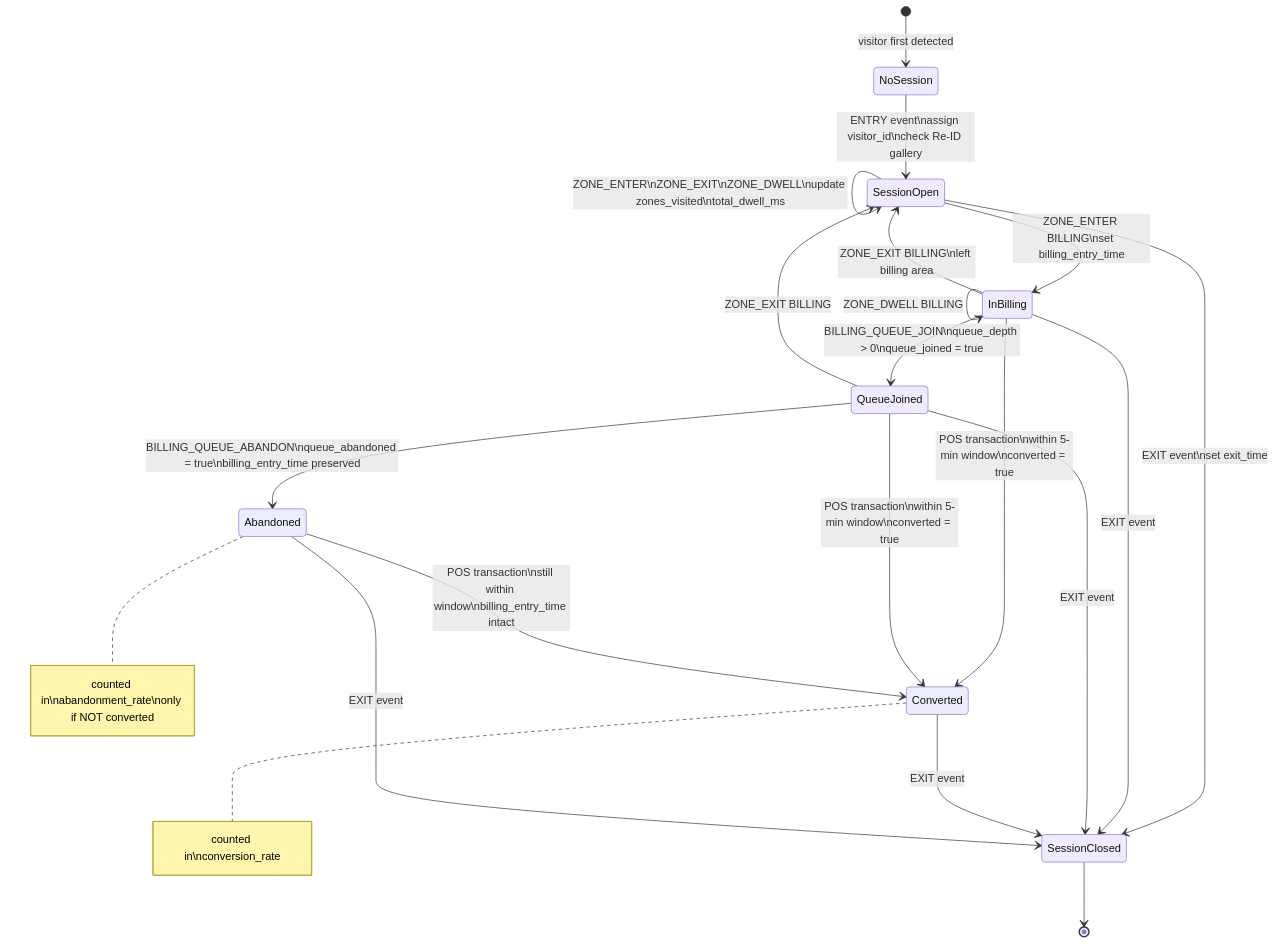
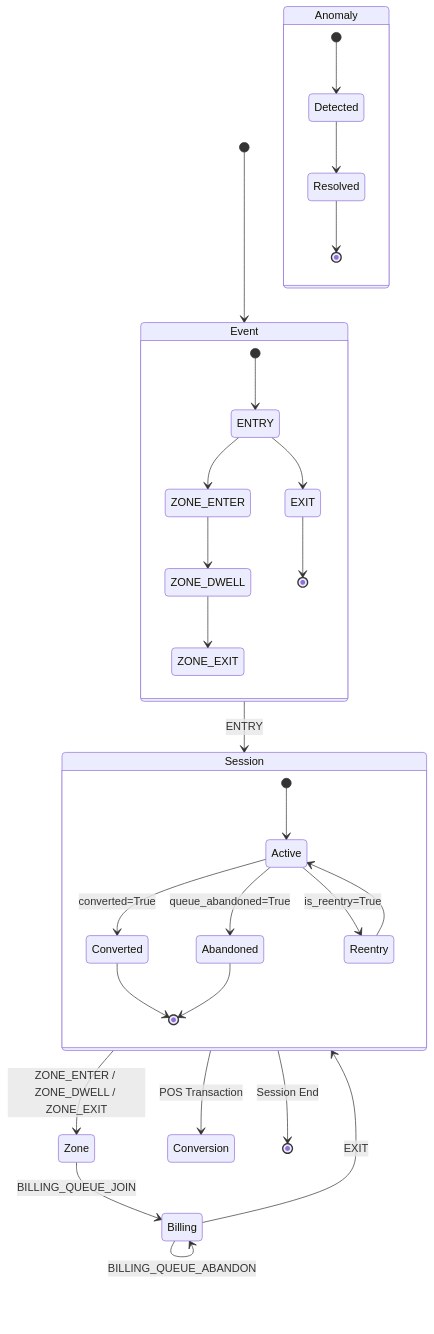
Before and after one commit to riddhisharma-sudo/purplle-Store-intelligence: the third of 5 diagrams in README.md, drawn with Mermaid.

````diff
--- a/README.md
+++ b/README.md
@@ -239,38 +239,37 @@
 ```mermaid
 stateDiagram-v2
-    [*] --> NoSession : visitor first detected
+    [*] --> Event
+    Event --> Session: ENTRY
+    Session --> Zone: ZONE_ENTER / ZONE_DWELL / ZONE_EXIT
+    Zone --> Billing: BILLING_QUEUE_JOIN
+    Billing --> Billing: BILLING_QUEUE_ABANDON
+    Billing --> Session: EXIT
+    Session --> Conversion: POS Transaction
+    Session --> [*]: Session End
 
-    NoSession --> SessionOpen : ENTRY event\nassign visitor_id\ncheck Re-ID gallery
+    state Event {
+        [*] --> ENTRY
+        ENTRY --> EXIT
+        ENTRY --> ZONE_ENTER
+        ZONE_ENTER --> ZONE_DWELL
+        ZONE_DWELL --> ZONE_EXIT
+        EXIT --> [*]
+    }
 
-    SessionOpen --> SessionOpen : ZONE_ENTER\nZONE_EXIT\nZONE_DWELL\nupdate zones_visited\ntotal_dwell_ms
+    state Session {
+        [*] --> Active
+        Active --> Converted: converted=True
+        Active --> Abandoned: queue_abandoned=True
+        Active --> Reentry: is_reentry=True
+        Converted --> [*]
+        Abandoned --> [*]
+        Reentry --> Active
+    }
 
-    SessionOpen --> InBilling : ZONE_ENTER BILLING\nset billing_entry_time
+    state Anomaly {
+        [*] --> Detected
+        Detected --> Resolved
+        Resolved --> [*]
+    }
 
-    InBilling --> InBilling : ZONE_DWELL BILLING
-
-    InBilling --> QueueJoined : BILLING_QUEUE_JOIN\nqueue_depth > 0\nqueue_joined = true
-
-    QueueJoined --> Abandoned : BILLING_QUEUE_ABANDON\nqueue_abandoned = true\nbilling_entry_time preserved
-
-    InBilling --> SessionOpen : ZONE_EXIT BILLING\nleft billing area
-
-    QueueJoined --> SessionOpen : ZONE_EXIT BILLING
-
-    InBilling --> Converted : POS transaction\nwithin 5-min window\nconverted = true
-
-    QueueJoined --> Converted : POS transaction\nwithin 5-min window\nconverted = true
-
-    Abandoned --> Converted : POS transaction\nstill within window\nbilling_entry_time intact
-
-    SessionOpen --> SessionClosed : EXIT event\nset exit_time
-
-    InBilling --> SessionClosed : EXIT event
-    QueueJoined --> SessionClosed : EXIT event
-    Converted --> SessionClosed : EXIT event
-    Abandoned --> SessionClosed : EXIT event
-
-    SessionClosed --> [*]
-
-    note right of Converted : counted in\nconversion_rate
-    note right of Abandoned : counted in\nabandonment_rate\nonly if NOT converted
 ```
````
